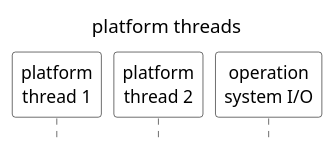
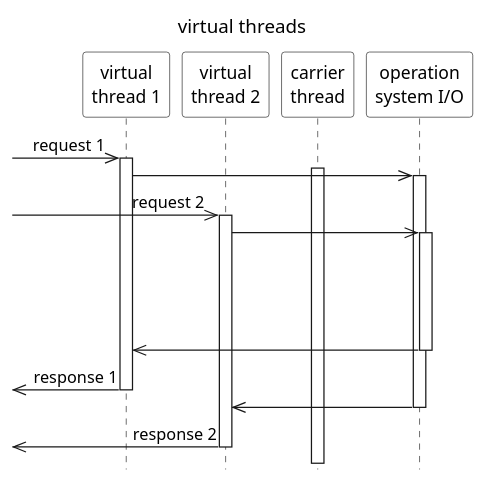
The diagram in images/virtual_threads.puml (ti-cortex-m4/demo-java-virtual-threads2), drawn with PlantUML before and after one commit.

```diff
--- a/images/virtual_threads.puml
+++ b/images/virtual_threads.puml
@@ -1,22 +1,47 @@
 @startuml
 
-title platform threads
+title virtual threads
 
 scale 1.0
 hide footbox
 !pragma teoz true
 
 skinparam monochrome true
 skinparam defaultFontName Source Sans Pro
 skinparam titleFontSize 15
 skinparam titleFontStyle normal
 skinparam sequenceMessageAlign left
 skinparam participantBackgroundColor #white
 skinparam noteBackgroundColor #white
 skinparam sequenceGroupBackgroundColor #white
 
-participant "platform\nthread 1" as PlatformThread1
-participant "platform\nthread 2" as PlatformThread2
+participant "virtual\nthread 1" as VirtualThread1
+participant "virtual\nthread 2" as VirtualThread2
+participant "carrier\nthread" as CarrierThread
 participant "operation\nsystem I/O" as Service
 
+->> VirtualThread1: request 1
+activate VirtualThread1
+activate CarrierThread
+VirtualThread1->>Service
+activate Service
+
+->> VirtualThread2: request 2
+activate VirtualThread2
+VirtualThread2->>Service
+activate Service
+
+||80||
+
+Service->>VirtualThread1
+deactivate Service
+<<- VirtualThread1: response 1
+deactivate VirtualThread1
+
+Service->>VirtualThread2
+deactivate Service
+<<- VirtualThread2: response 2
+deactivate CarrierThread
+deactivate VirtualThread2
+
 @enduml
```
